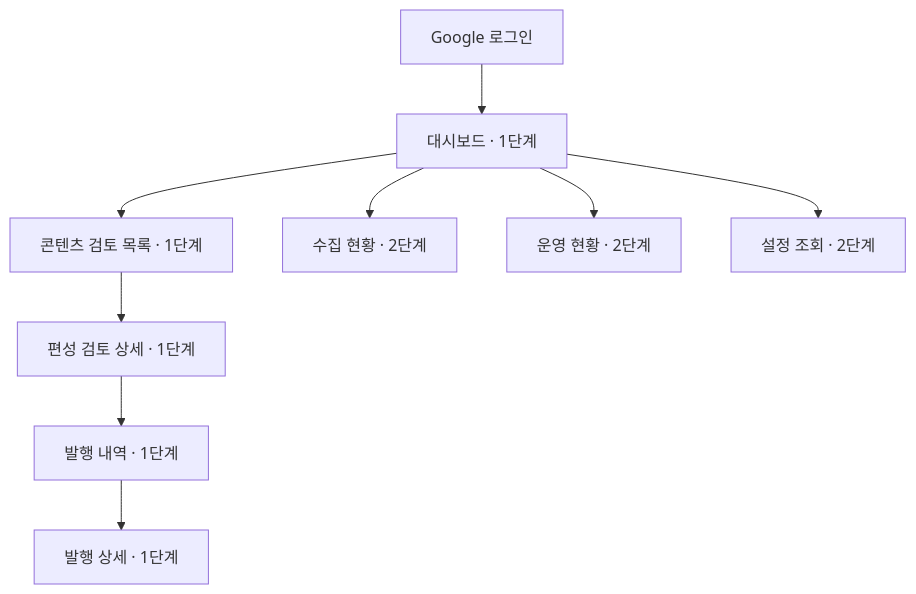
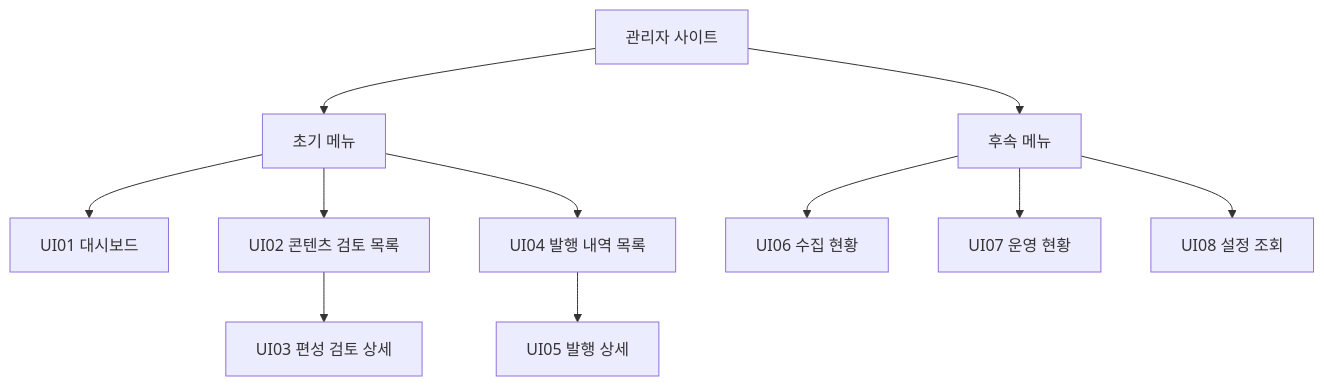
One commit to luvulmi/xfolio changed the diagram in docs/specifications/관리자_화면_구조.md. Above: the diagram before and after it, drawn with Mermaid. The commit also changed other lines of this file and 10 other files, not shown here.

````diff
--- a/docs/specifications/관리자_화면_구조.md
+++ b/docs/specifications/관리자_화면_구조.md
@@ -13,11 +22,13 @@
 ```mermaid
 flowchart TD
-    L[Google 로그인] --> D[대시보드 · 1단계]
-    D --> Q[콘텐츠 검토 목록 · 1단계]
-    Q --> R[편성 검토 상세 · 1단계]
-    R --> P[발행 내역 · 1단계]
-    P --> H[발행 상세 · 1단계]
-    D --> C[수집 현황 · 2단계]
-    D --> O[운영 현황 · 2단계]
-    D --> S[설정 조회 · 2단계]
+    ROOT[관리자 사이트] --> FIRST[초기 메뉴]
+    ROOT --> NEXT[후속 메뉴]
+    FIRST --> UI01[UI01 대시보드]
+    FIRST --> UI02[UI02 콘텐츠 검토 목록]
+    UI02 --> UI03[UI03 편성 검토 상세]
+    FIRST --> UI04[UI04 발행 내역 목록]
+    UI04 --> UI05[UI05 발행 상세]
+    NEXT --> UI06[UI06 수집 현황]
+    NEXT --> UI07[UI07 운영 현황]
+    NEXT --> UI08[UI08 설정 조회]
 ```
````
